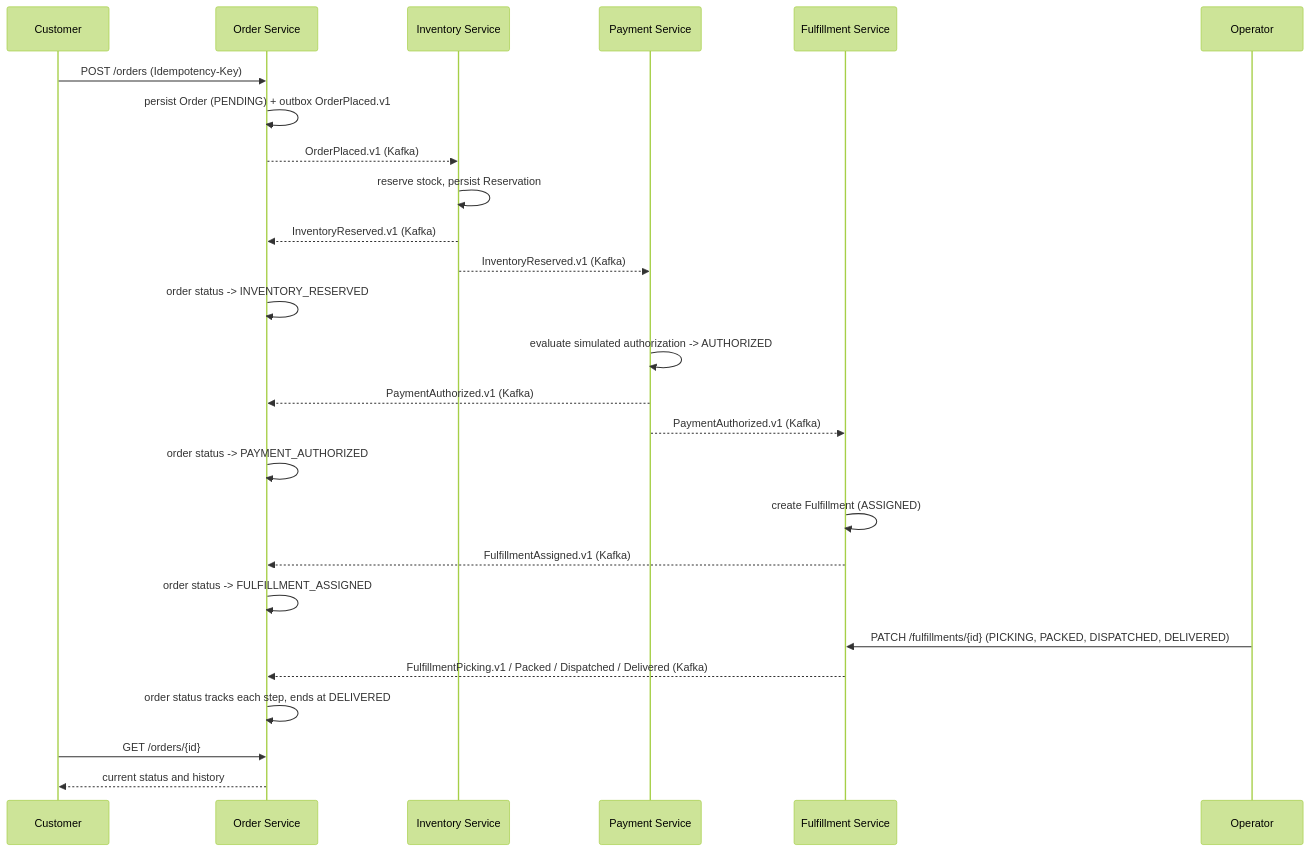
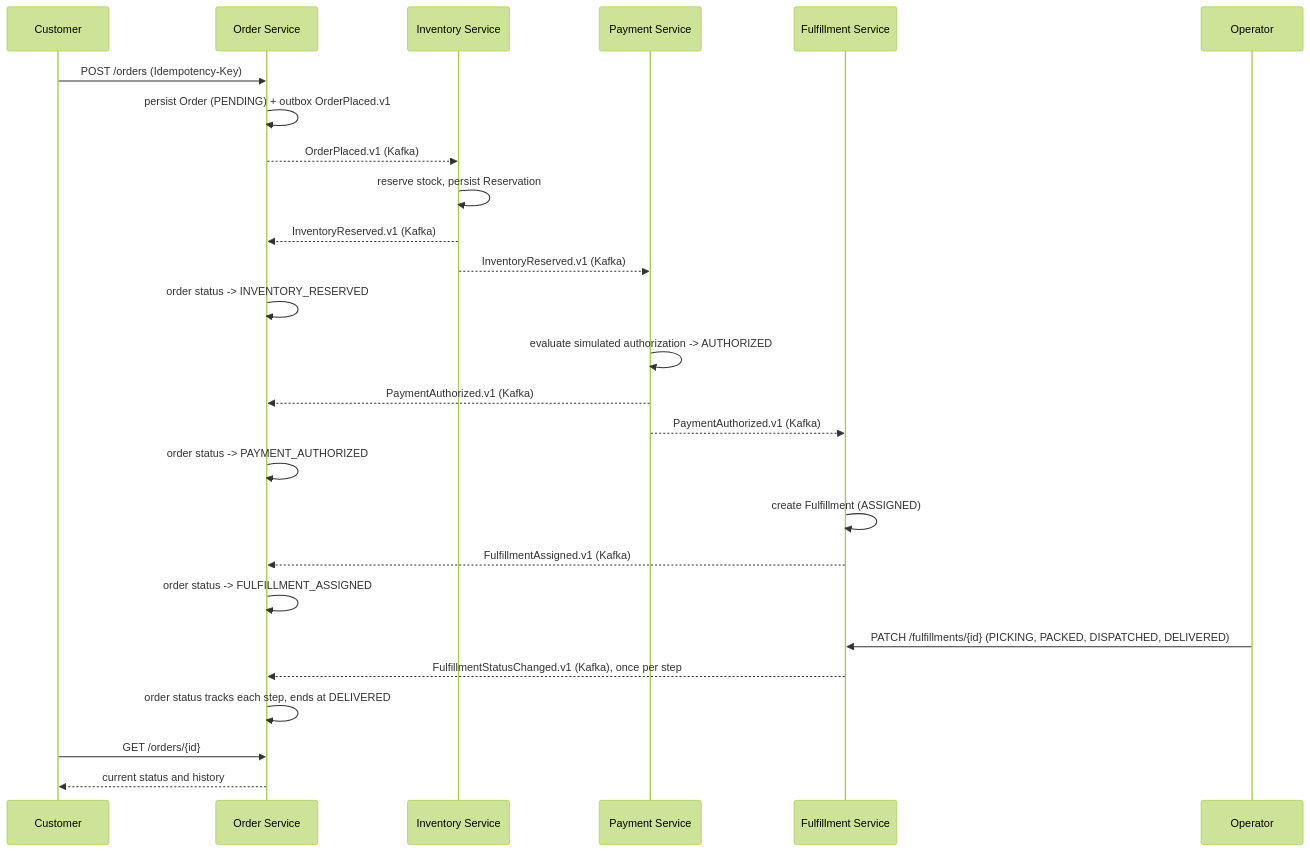
Before and after one commit to AhmedKamal-41/FullOps: the second of 3 diagrams in docs/DOMAIN_MODEL.md, drawn with Mermaid (forest theme). The commit also changed other lines of this file and 101 other files, not shown here.

````diff
--- a/docs/DOMAIN_MODEL.md
+++ b/docs/DOMAIN_MODEL.md
@@ -142,29 +143,29 @@
 ```mermaid
 sequenceDiagram
     participant C as Customer
     participant O as Order Service
     participant I as Inventory Service
     participant P as Payment Service
     participant F as Fulfillment Service
     participant Op as Operator
 
     C->>O: POST /orders (Idempotency-Key)
     O->>O: persist Order (PENDING) + outbox OrderPlaced.v1
     O-->>I: OrderPlaced.v1 (Kafka)
     I->>I: reserve stock, persist Reservation
     I-->>O: InventoryReserved.v1 (Kafka)
     I-->>P: InventoryReserved.v1 (Kafka)
     O->>O: order status -> INVENTORY_RESERVED
     P->>P: evaluate simulated authorization -> AUTHORIZED
     P-->>O: PaymentAuthorized.v1 (Kafka)
     P-->>F: PaymentAuthorized.v1 (Kafka)
     O->>O: order status -> PAYMENT_AUTHORIZED
     F->>F: create Fulfillment (ASSIGNED)
     F-->>O: FulfillmentAssigned.v1 (Kafka)
     O->>O: order status -> FULFILLMENT_ASSIGNED
     Op->>F: PATCH /fulfillments/{id} (PICKING, PACKED, DISPATCHED, DELIVERED)
-    F-->>O: FulfillmentPicking.v1 / Packed / Dispatched / Delivered (Kafka)
+    F-->>O: FulfillmentStatusChanged.v1 (Kafka), once per step
     O->>O: order status tracks each step, ends at DELIVERED
     C->>O: GET /orders/{id}
     O-->>C: current status and history
 ```
````
